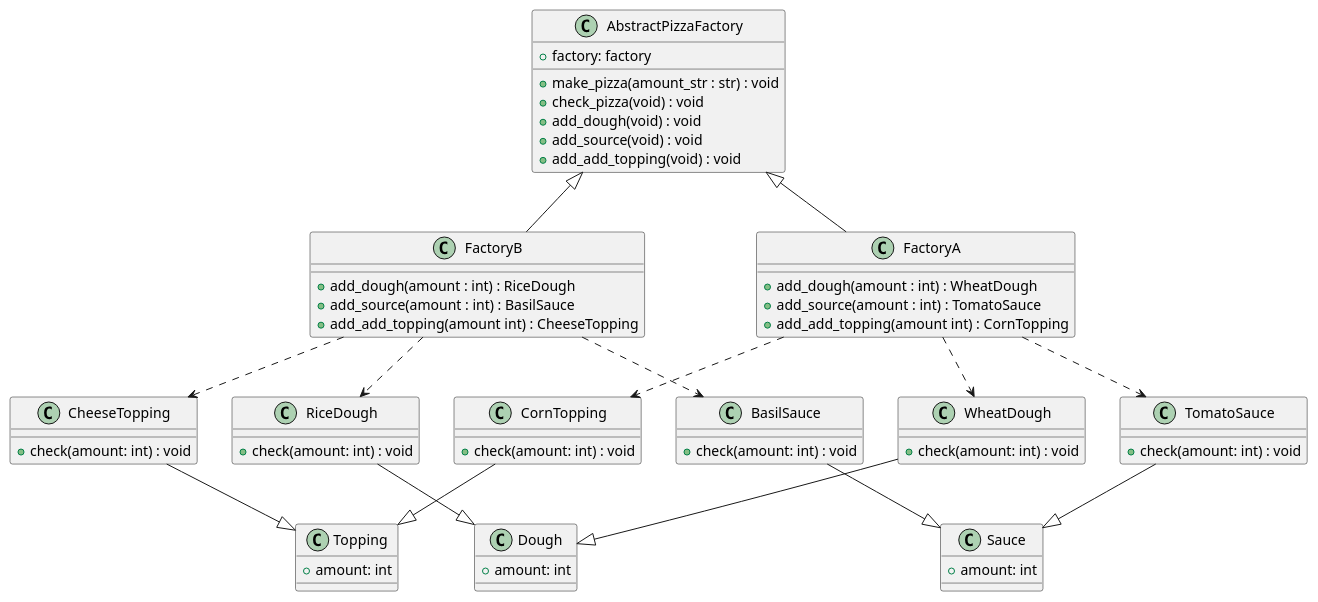
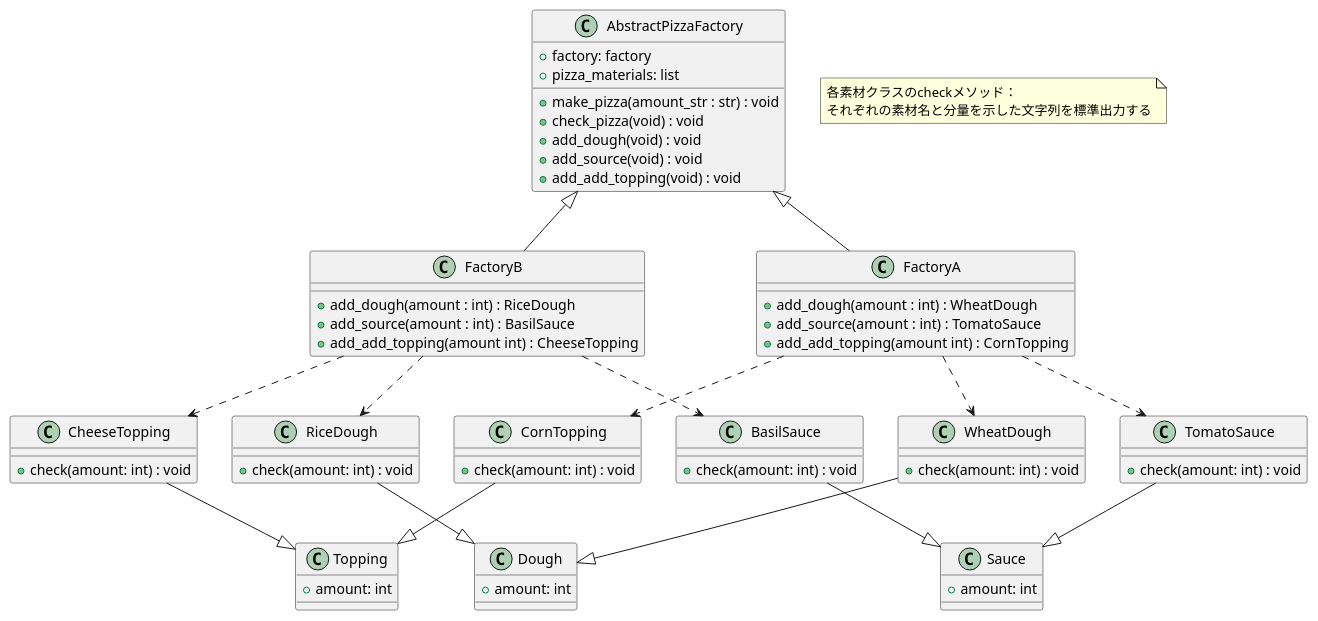
One commit to Design-Practice-Team/design changed the first of 2 diagrams in planning/Abstract_Factory/pizza_factory/suzuki/design.md. Above: the diagram before and after it, drawn with PlantUML. The commit also changed other lines of this file, not shown here.

Commit message:
シーケンス図作成

````diff
--- a/planning/Abstract_Factory/pizza_factory/suzuki/design.md
+++ b/planning/Abstract_Factory/pizza_factory/suzuki/design.md
@@ -29,6 +32,7 @@
 
 class AbstractPizzaFactory {
     + factory: factory
+    + pizza_materials: list
     + make_pizza(amount_str : str) : void
     + check_pizza(void) : void
     + add_dough(void) : void
@@ -85,5 +89,7 @@
     + check(amount: int) : void
 }
 
+note "各素材クラスのcheckメソッド：\nそれぞれの素材名と分量を示した文字列を標準出力する" as n1
+
 @enduml
 ```
````
